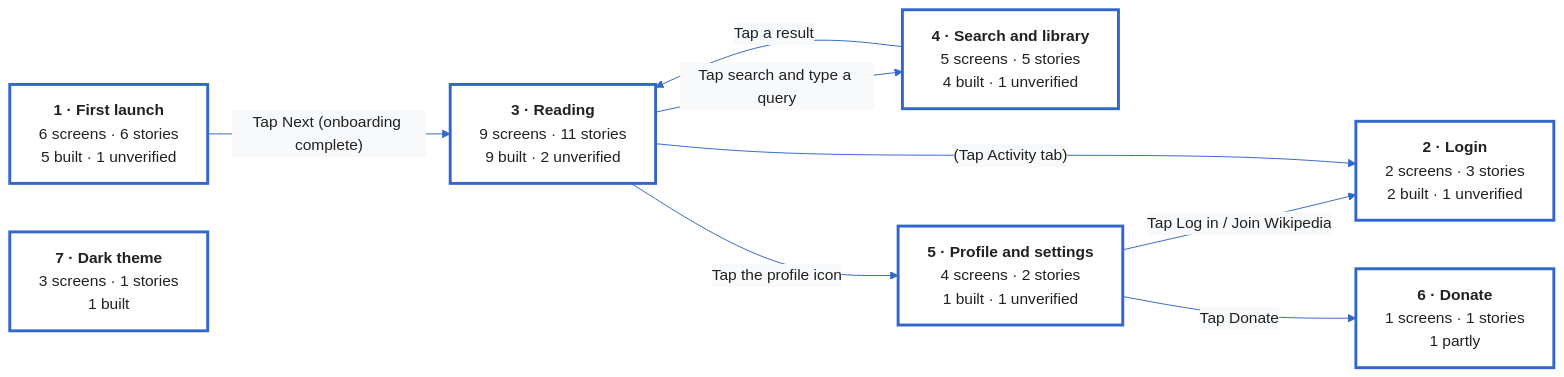
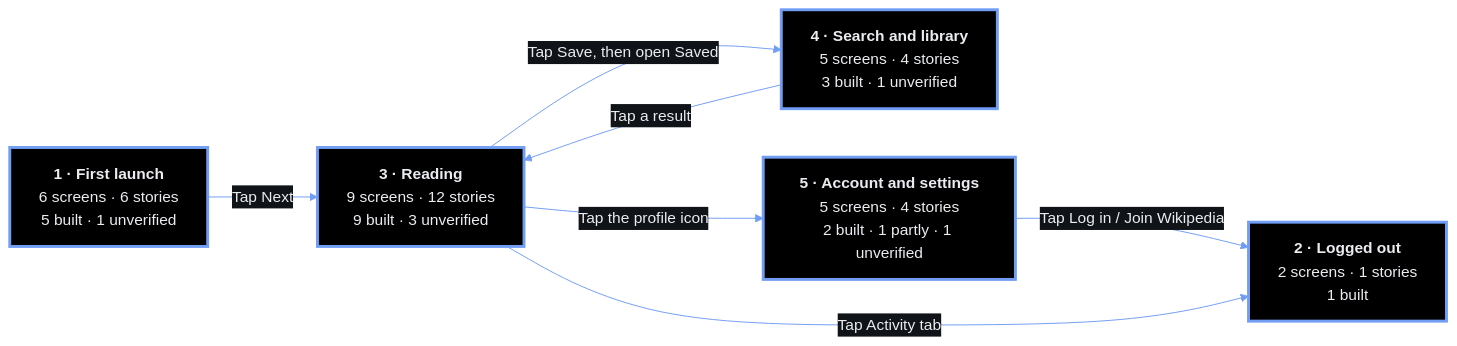
One commit to enjojoy/user-story-maps changed the third of 8 diagrams in examples/wikipedia-ios/generated/story-map.md. Above: the diagram before and after it, drawn with Mermaid. The commit also changed other lines of this file and 114 other files, not shown here.

First line of the commit message:
No white cards behind devices; dark theme option; remake Wikipedia example in black

````diff
--- a/examples/wikipedia-ios/generated/story-map.md
+++ b/examples/wikipedia-ios/generated/story-map.md
@@ -164,19 +157,16 @@
 ```mermaid
-%%{init: {"theme":"base","themeVariables":{"fontFamily":"Helvetica","fontSize":"16px","primaryColor":"#FFFFFF","primaryTextColor":"#202122","primaryBorderColor":"#3366CC","lineColor":"#3366CC","secondaryColor":"#F8F9FA","tertiaryColor":"#F0F2F4"}}}%%
+%%{init: {"theme":"base","themeVariables":{"fontFamily":"Helvetica","fontSize":"16px","primaryColor":"#000000","primaryTextColor":"#EAECF0","primaryBorderColor":"#719DF4","lineColor":"#719DF4","secondaryColor":"#101418","tertiaryColor":"#1A1A1A"}}}%%
 flowchart LR
   n_first_run["<b>1 · First launch</b><br/>6 screens · 6 stories<br/>5 built · 1 unverified"]:::flow
-  n_login["<b>2 · Login</b><br/>2 screens · 3 stories<br/>2 built · 1 unverified"]:::flow
-  n_reading["<b>3 · Reading</b><br/>9 screens · 11 stories<br/>9 built · 2 unverified"]:::flow
-  n_discover["<b>4 · Search and library</b><br/>5 screens · 5 stories<br/>4 built · 1 unverified"]:::flow
-  n_preferences["<b>5 · Profile and settings</b><br/>4 screens · 2 stories<br/>1 built · 1 unverified"]:::flow
-  n_dark["<b>7 · Dark theme</b><br/>3 screens · 1 stories<br/>1 built"]:::flow
-  n_support_money["<b>6 · Donate</b><br/>1 screens · 1 stories<br/>1 partly"]:::flow
-  n_first_run -->|"Tap Next (onboarding complete)"| n_reading
-  n_preferences -->|"Tap Log in / Join Wikipedia"| n_login
-  n_reading -->|"Tap search and type a query"| n_discover
-  n_discover -->|"Tap a result"| n_reading
-  n_reading -->|"(Tap Activity tab)"| n_login
-  n_reading -->|"Tap the profile icon"| n_preferences
-  n_preferences -->|"Tap Donate"| n_support_money
-  classDef flow fill:#FFFFFF,stroke:#3366CC,stroke-width:3px,color:#202122;
+  n_logged_out["<b>2 · Logged out</b><br/>2 screens · 1 stories<br/>1 built"]:::flow
+  n_reading["<b>3 · Reading</b><br/>9 screens · 12 stories<br/>9 built · 3 unverified"]:::flow
+  n_library["<b>4 · Search and library</b><br/>5 screens · 4 stories<br/>3 built · 1 unverified"]:::flow
+  n_account["<b>5 · Account and settings</b><br/>5 screens · 4 stories<br/>2 built · 1 partly · 1 unverified"]:::flow
+  n_first_run -->|"Tap Next"| n_reading
+  n_account -->|"Tap Log in / Join Wikipedia"| n_logged_out
+  n_library -->|"Tap a result"| n_reading
+  n_reading -->|"Tap Save, then open Saved"| n_library
+  n_reading -->|"Tap Activity tab"| n_logged_out
+  n_reading -->|"Tap the profile icon"| n_account
+  classDef flow fill:#000000,stroke:#719DF4,stroke-width:3px,color:#EAECF0;
 ```
````
